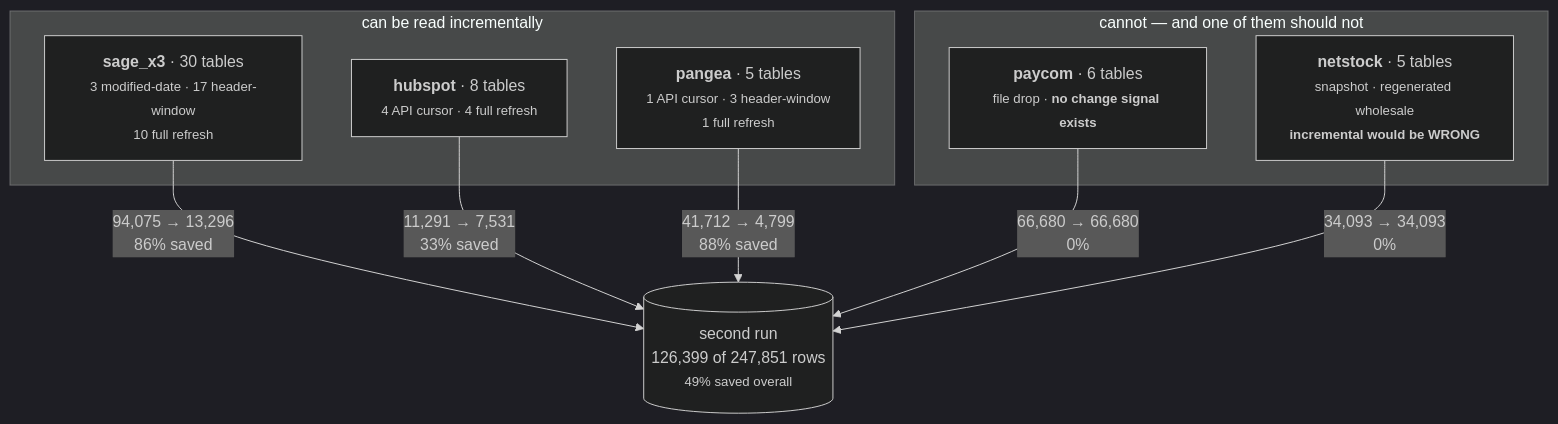
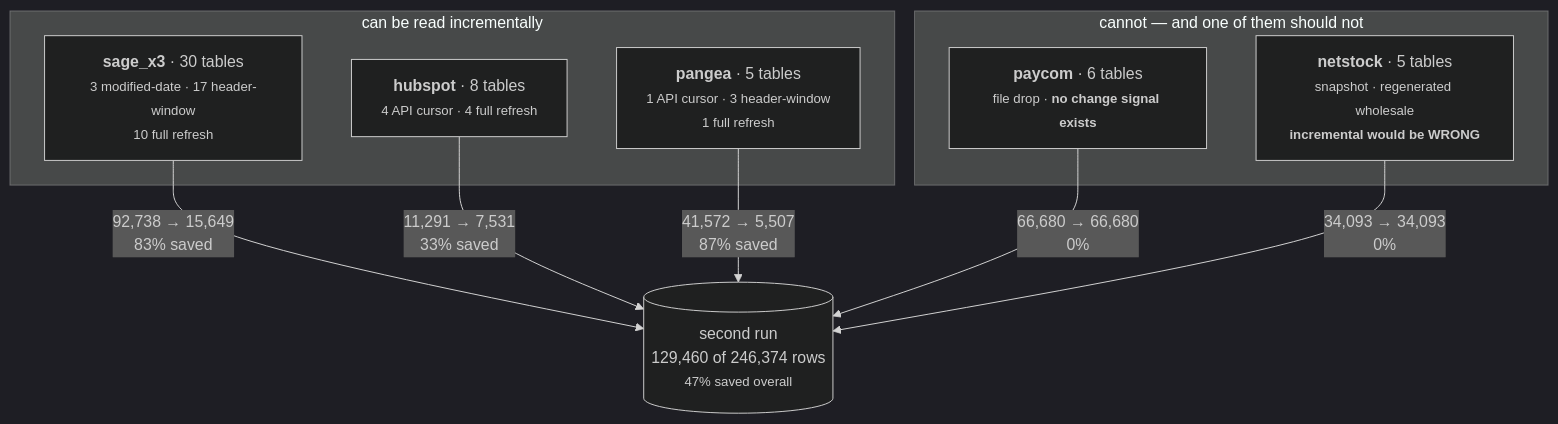
Before and after one commit to patrickmhaney/bgr_control_tower: the fourth of 5 diagrams in docs/ingestion.md, drawn with Mermaid (dark theme). The commit also changed other lines of this file and 34 other files, not shown here.

````diff
--- a/docs/ingestion.md
+++ b/docs/ingestion.md
@@ -235,18 +235,18 @@
 ```mermaid
 flowchart TB
     subgraph CAN["can be read incrementally"]
         s1["<b>sage_x3</b> &middot; 30 tables<br/><small>3 modified-date &middot; 17 header-window<br/>10 full refresh</small>"]
         s2["<b>hubspot</b> &middot; 8 tables<br/><small>4 API cursor &middot; 4 full refresh</small>"]
         s3["<b>pangea</b> &middot; 5 tables<br/><small>1 API cursor &middot; 3 header-window<br/>1 full refresh</small>"]
     end
     subgraph CANNOT["cannot &mdash; and one of them should not"]
         s4["<b>paycom</b> &middot; 6 tables<br/><small>file drop &middot; <b>no change signal exists</b></small>"]
         s5["<b>netstock</b> &middot; 5 tables<br/><small>snapshot &middot; regenerated wholesale<br/><b>incremental would be WRONG</b></small>"]
     end
 
-    s1 -->|"94,075 &rarr; 13,296<br/>86% saved"| out[("second run<br/>126,399 of 247,851 rows<br/><small>49% saved overall</small>")]
+    s1 -->|"92,738 &rarr; 15,649<br/>83% saved"| out[("second run<br/>129,460 of 246,374 rows<br/><small>47% saved overall</small>")]
     s2 -->|"11,291 &rarr; 7,531<br/>33% saved"| out
-    s3 -->|"41,712 &rarr; 4,799<br/>88% saved"| out
+    s3 -->|"41,572 &rarr; 5,507<br/>87% saved"| out
     s4 -->|"66,680 &rarr; 66,680<br/>0%"| out
     s5 -->|"34,093 &rarr; 34,093<br/>0%"| out
 ```
````
